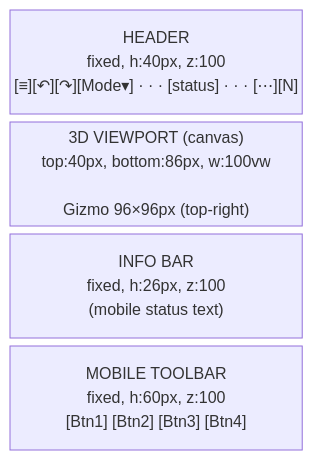
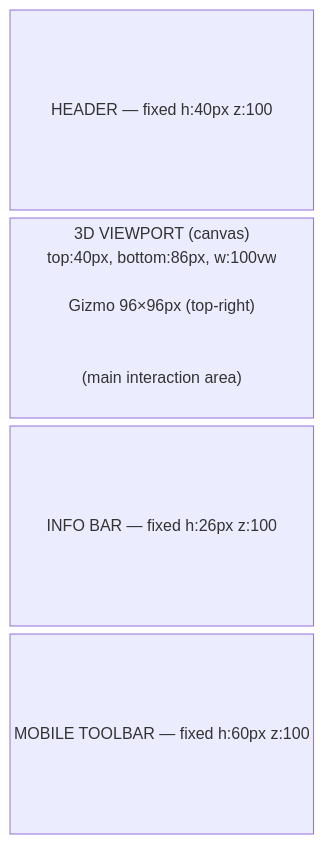
One commit to yuubae215/easy-extrude changed the second of 2 diagrams in docs/LAYOUT_DESIGN.md. Above: the diagram before and after it, drawn with Mermaid. The commit also changed other lines of this file and 1 other file, not shown here.

Commit message:
docs: increase viewport row height in Mermaid diagrams by adding descriptive content
Row height in block-beta is driven by text line count. Added 4-5 content
lines to the center viewport block (and side panel blocks) so the main
area visually dominates, matching the actual proportional layout.

https://claude.ai/code/session_01YFkNkmXh91b7LVbwHSxpdV

````diff
--- a/docs/LAYOUT_DESIGN.md
+++ b/docs/LAYOUT_DESIGN.md
@@ -53,8 +53,8 @@
 ```mermaid
 block-beta
   columns 1
-  header["HEADER\nfixed, h:40px, z:100\n[≡][↶][↷][Mode▾] · · · [status] · · · [⋯][N]"]
-  viewport["3D VIEWPORT (canvas)\ntop:40px, bottom:86px, w:100vw\n\nGizmo 96×96px (top-right)"]
-  infobar["INFO BAR\nfixed, h:26px, z:100\n(mobile status text)"]
-  toolbar["MOBILE TOOLBAR\nfixed, h:60px, z:100\n[Btn1]  [Btn2]  [Btn3]  [Btn4]"]
+  header["HEADER — fixed h:40px z:100"]
+  viewport["3D VIEWPORT (canvas)\ntop:40px, bottom:86px, w:100vw\n\nGizmo 96×96px (top-right)\n\n\n(main interaction area)\n\n"]
+  infobar["INFO BAR — fixed h:26px z:100"]
+  toolbar["MOBILE TOOLBAR — fixed h:60px z:100"]
 ```
````
